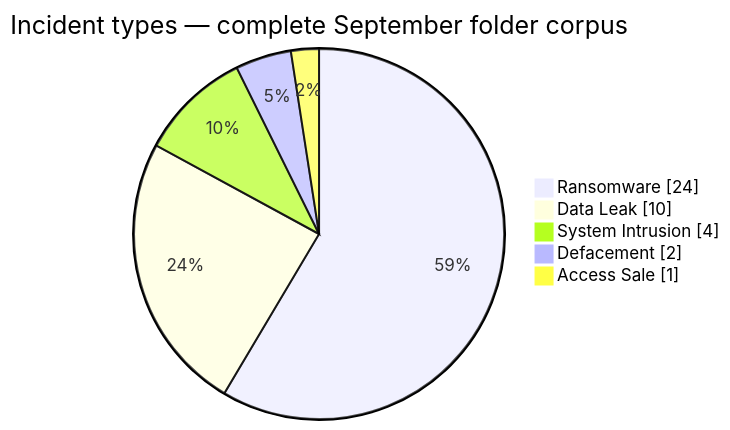
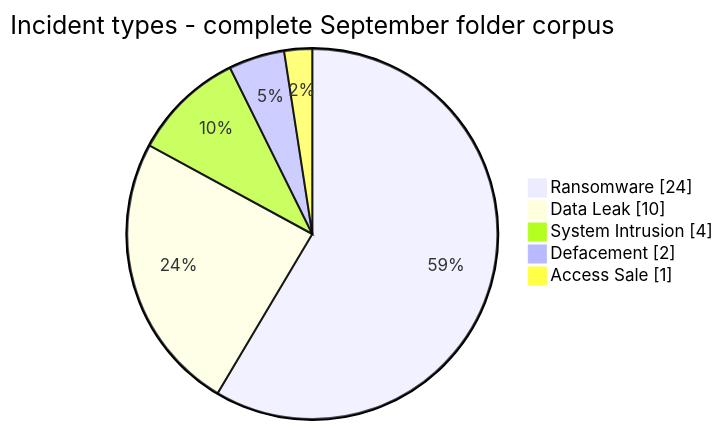
Before and after one commit to Hatchepsoute/AFRINTEL: the second of 10 diagrams in CyberAttackAfrica/2026/09-september/README.md, drawn with Mermaid. The commit also changed other lines of this file and 35 other files, not shown here.

````diff
--- a/CyberAttackAfrica/2026/09-september/README.md
+++ b/CyberAttackAfrica/2026/09-september/README.md
@@ -91,9 +91,9 @@
 ```mermaid
 pie showData
-    title Incident types — complete September folder corpus
+    title Incident types  -  complete September folder corpus
     "Ransomware" : 24
     "Data Leak" : 10
     "System Intrusion" : 4
     "Defacement" : 2
     "Access Sale" : 1
 ```
````
